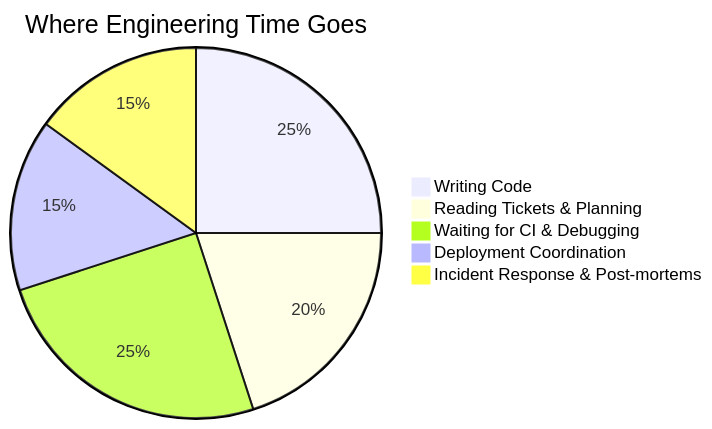
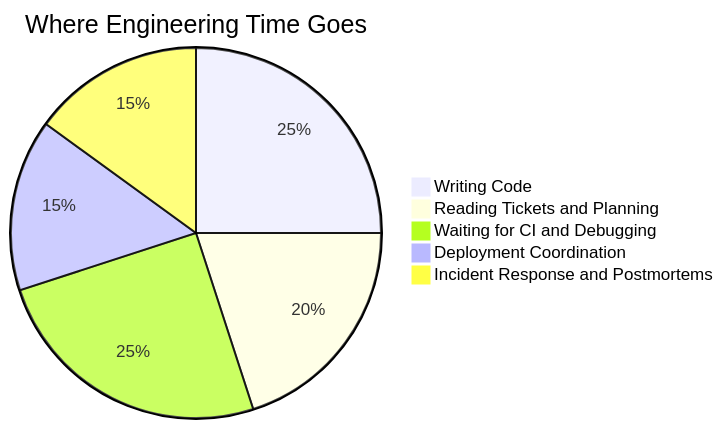
The first of 18 diagrams in SHIPBRAIN_PRD_FINAL.md (JeevantheDev/ShipBrain), drawn with Mermaid before and after one commit. The commit also changed other lines of this file, not shown here.

First line of the commit message:
Fix mermaid syntax errors in PRD diagrams

````diff
--- a/SHIPBRAIN_PRD_FINAL.md
+++ b/SHIPBRAIN_PRD_FINAL.md
@@ -52,8 +52,8 @@
 ```mermaid
 pie title Where Engineering Time Goes
     "Writing Code" : 25
-    "Reading Tickets & Planning" : 20
-    "Waiting for CI & Debugging" : 25
+    "Reading Tickets and Planning" : 20
+    "Waiting for CI and Debugging" : 25
     "Deployment Coordination" : 15
-    "Incident Response & Post-mortems" : 15
+    "Incident Response and Postmortems" : 15
 ```
````
